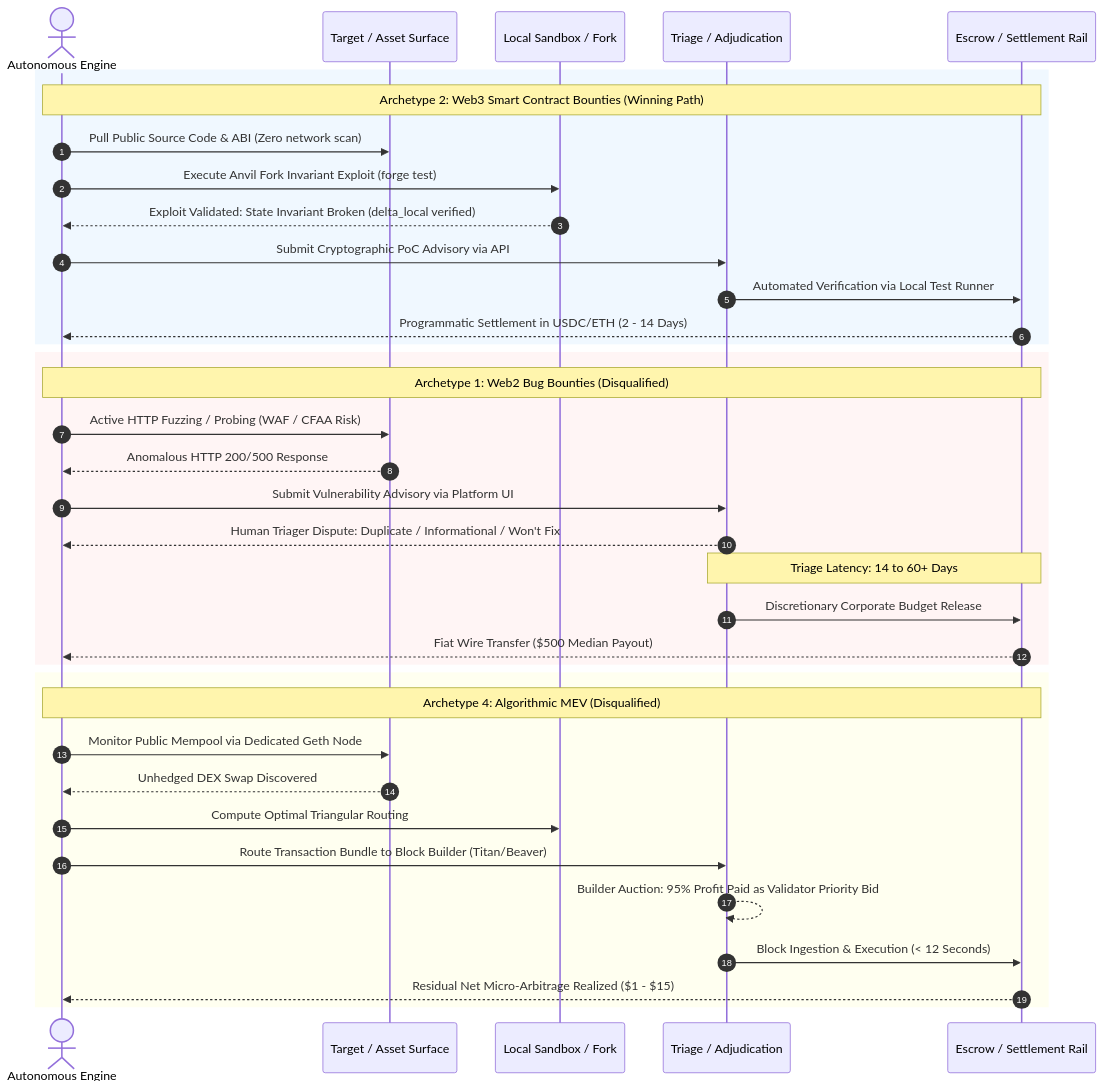
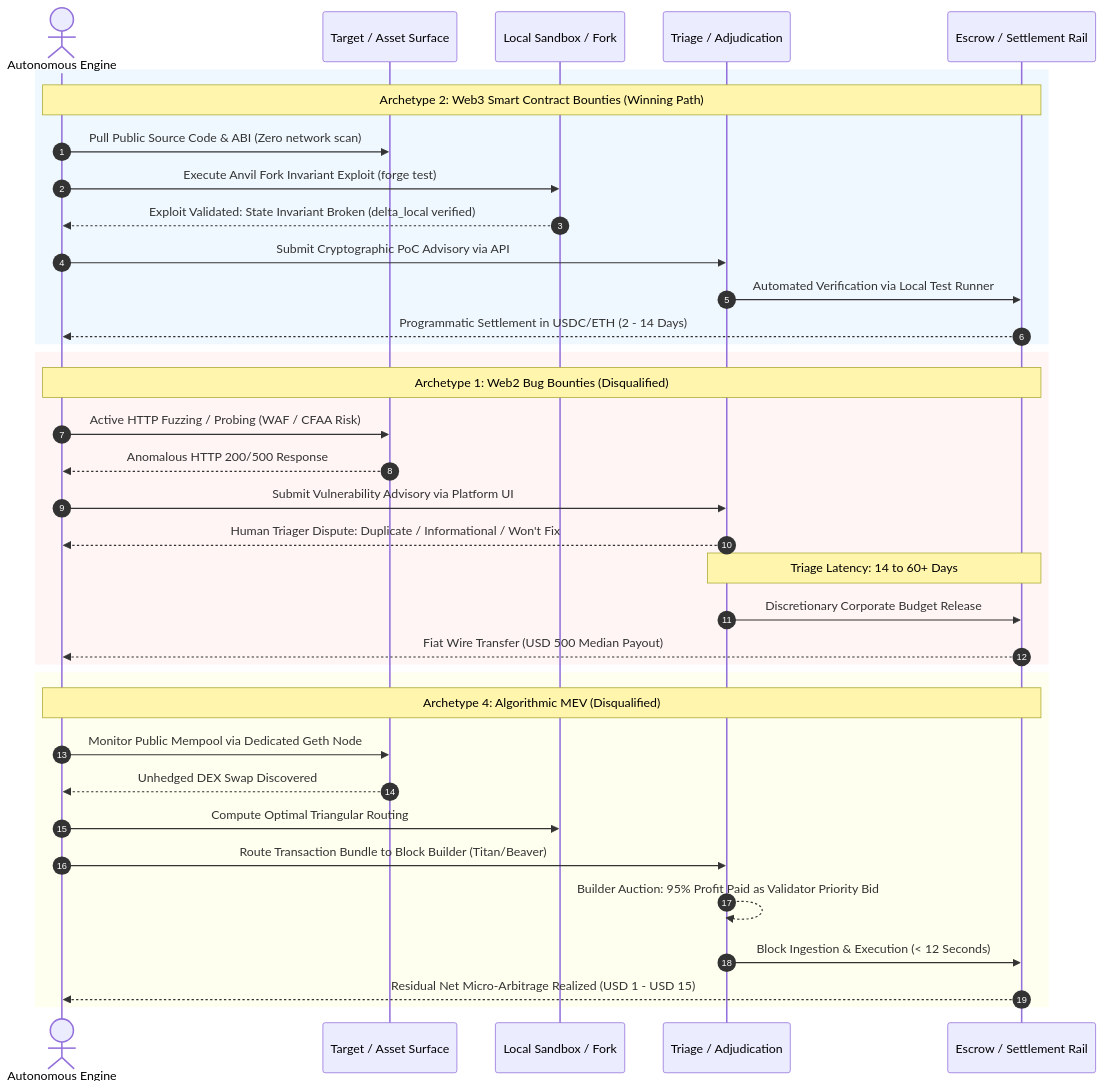
One commit to x-TheFox/Autonomous-Opportunity-Arbitrage-Engine changed the second of 2 diagrams in docs/04_alternative_payout_ecosystems.md. Above: the diagram before and after it, drawn with Mermaid. The commit also changed other lines of this file and 11 other files, not shown here.

````diff
--- a/docs/04_alternative_payout_ecosystems.md
+++ b/docs/04_alternative_payout_ecosystems.md
@@ -337,41 +337,41 @@
 ```mermaid
 sequenceDiagram
     autonumber
     actor Agent as Autonomous Engine
     participant Target as Target / Asset Surface
     participant Local as Local Sandbox / Fork
     participant Triage as Triage / Adjudication
     participant Escrow as Escrow / Settlement Rail
 
     rect rgb(240, 248, 255)
     note over Agent,Escrow: Archetype 2: Web3 Smart Contract Bounties (Winning Path)
     Agent->>Target: Pull Public Source Code & ABI (Zero network scan)
     Agent->>Local: Execute Anvil Fork Invariant Exploit (forge test)
     Local-->>Agent: Exploit Validated: State Invariant Broken (delta_local verified)
     Agent->>Triage: Submit Cryptographic PoC Advisory via API
     Triage->>Escrow: Automated Verification via Local Test Runner
     Escrow-->>Agent: Programmatic Settlement in USDC/ETH (2 - 14 Days)
     end
 
     rect rgb(255, 245, 245)
     note over Agent,Escrow: Archetype 1: Web2 Bug Bounties (Disqualified)
     Agent->>Target: Active HTTP Fuzzing / Probing (WAF / CFAA Risk)
     Target-->>Agent: Anomalous HTTP 200/500 Response
     Agent->>Triage: Submit Vulnerability Advisory via Platform UI
     Triage-->>Agent: Human Triager Dispute: Duplicate / Informational / Won't Fix
     note over Triage,Escrow: Triage Latency: 14 to 60+ Days
     Triage->>Escrow: Discretionary Corporate Budget Release
-    Escrow-->>Agent: Fiat Wire Transfer ($500 Median Payout)
+    Escrow-->>Agent: Fiat Wire Transfer (USD 500 Median Payout)
     end
 
     rect rgb(255, 255, 240)
     note over Agent,Escrow: Archetype 4: Algorithmic MEV (Disqualified)
     Agent->>Target: Monitor Public Mempool via Dedicated Geth Node
     Target-->>Agent: Unhedged DEX Swap Discovered
     Agent->>Local: Compute Optimal Triangular Routing
     Agent->>Triage: Route Transaction Bundle to Block Builder (Titan/Beaver)
     Triage-->>Triage: Builder Auction: 95% Profit Paid as Validator Priority Bid
     Triage->>Escrow: Block Ingestion & Execution (< 12 Seconds)
-    Escrow-->>Agent: Residual Net Micro-Arbitrage Realized ($1 - $15)
+    Escrow-->>Agent: Residual Net Micro-Arbitrage Realized (USD 1 - USD 15)
     end
 ```
````
